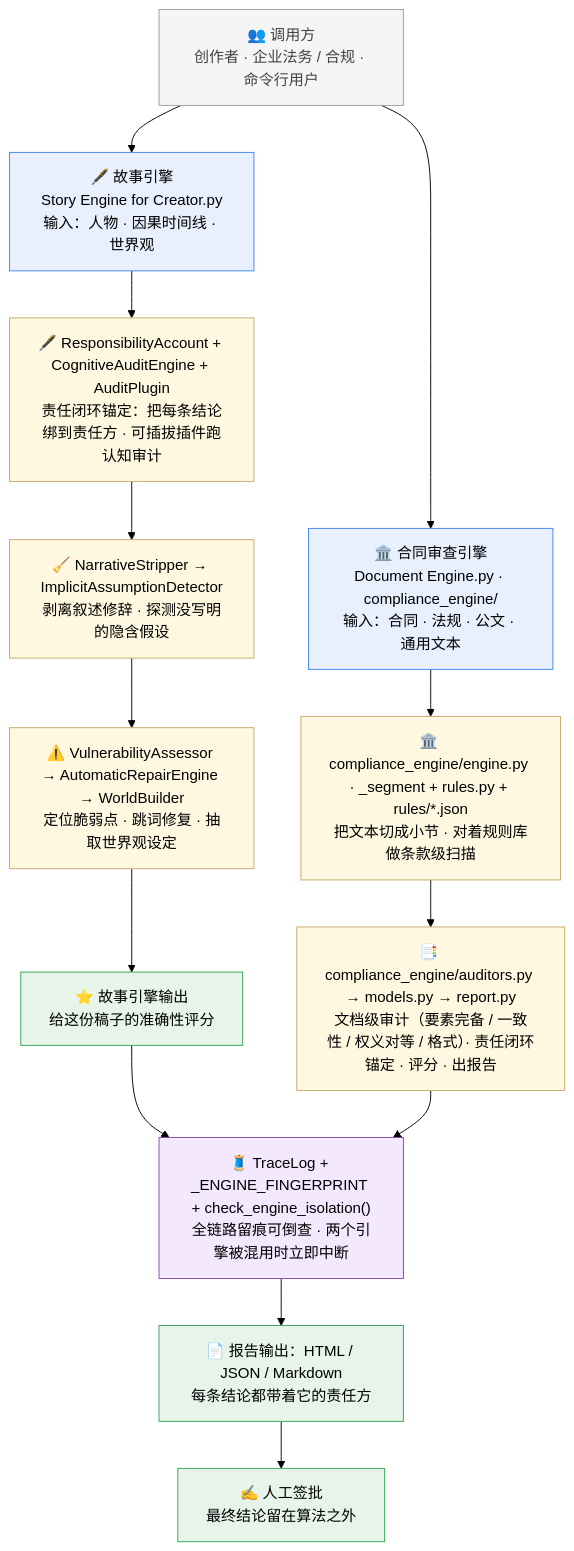
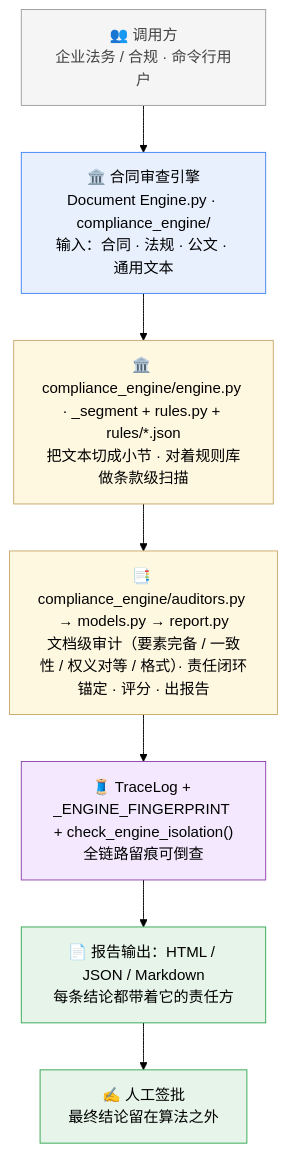
The diagram in README.md (nohn3043-arch/ducument-engine), drawn with Mermaid (forest theme) before and after one commit. The commit also changed other lines of this file and 13 other files, not shown here.

Commit message:
docs: 移除 story-engine，README 与术语表同步为单引擎

````diff
--- a/README.md
+++ b/README.md
@@ -44,42 +43,30 @@
 ```mermaid
 flowchart TB
-    UP["👥 调用方<br/>创作者 · 企业法务 / 合规 · 命令行用户"]
-
-    CIN["🖋️ 故事引擎<br/>Story Engine for Creator.py<br/>输入：人物 · 因果时间线 · 世界观"]
-    C1["🖋️ ResponsibilityAccount + CognitiveAuditEngine + AuditPlugin<br/>责任闭环锚定：把每条结论绑到责任方 · 可插拔插件跑认知审计"]
-    C2["🧹 NarrativeStripper → ImplicitAssumptionDetector<br/>剥离叙述修辞 · 探测没写明的隐含假设"]
-    C3["⚠️ VulnerabilityAssessor → AutomaticRepairEngine → WorldBuilder<br/>定位脆弱点 · 跳词修复 · 抽取世界观设定"]
-    COUT["⭐ 故事引擎输出<br/>给这份稿子的准确性评分"]
+    UP["👥 调用方<br/>企业法务 / 合规 · 命令行用户"]
 
     DIN["🏛️ 合同审查引擎<br/>Document Engine.py · compliance_engine/<br/>输入：合同 · 法规 · 公文 · 通用文本"]
     D1["🏛️ compliance_engine/engine.py · _segment + rules.py + rules/*.json<br/>把文本切成小节 · 对着规则库做条款级扫描"]
     D2["📑 compliance_engine/auditors.py → models.py → report.py<br/>文档级审计（要素完备 / 一致性 / 权义对等 / 格式）· 责任闭环锚定 · 评分 · 出报告"]
 
-    SH["🧵 TraceLog + _ENGINE_FINGERPRINT + check_engine_isolation()<br/>全链路留痕可倒查 · 两个引擎被混用时立即中断"]
+    SH["🧵 TraceLog + _ENGINE_FINGERPRINT + check_engine_isolation()<br/>全链路留痕可倒查"]
     OUT["📄 报告输出：HTML / JSON / Markdown<br/>每条结论都带着它的责任方"]
     HUMAN["✍️ 人工签批<br/>最终结论留在算法之外"]
 
-    UP --> CIN
     UP --> DIN
-    CIN --> C1
-    C1 --> C2
-    C2 --> C3
-    C3 --> COUT
     DIN --> D1
     D1 --> D2
-    COUT --> SH
     D2 --> SH
     SH --> OUT
     OUT --> HUMAN
 
     classDef cUp fill:#F5F5F5,stroke:#9E9E9E,stroke-width:1px,color:#424242
     classDef cIn fill:#E8F0FE,stroke:#4285F4,stroke-width:1px;color:#173A66
     classDef cCore fill:#FFF8E1,stroke:#C9A96E,stroke-width:1px;color:#5B4614
     classDef cSide fill:#F3E8FD,stroke:#8E44AD,stroke-width:1px;color:#4A235D
     classDef cOut fill:#E6F4EA,stroke:#34A853,stroke-width:1px;color:#14512B
     class UP cUp
-    class CIN,DIN cIn
-    class C1,C2,C3,D1,D2 cCore
+    class DIN cIn
+    class D1,D2 cCore
     class SH cSide
-    class COUT,OUT,HUMAN cOut
+    class OUT,HUMAN cOut
 ```
````
